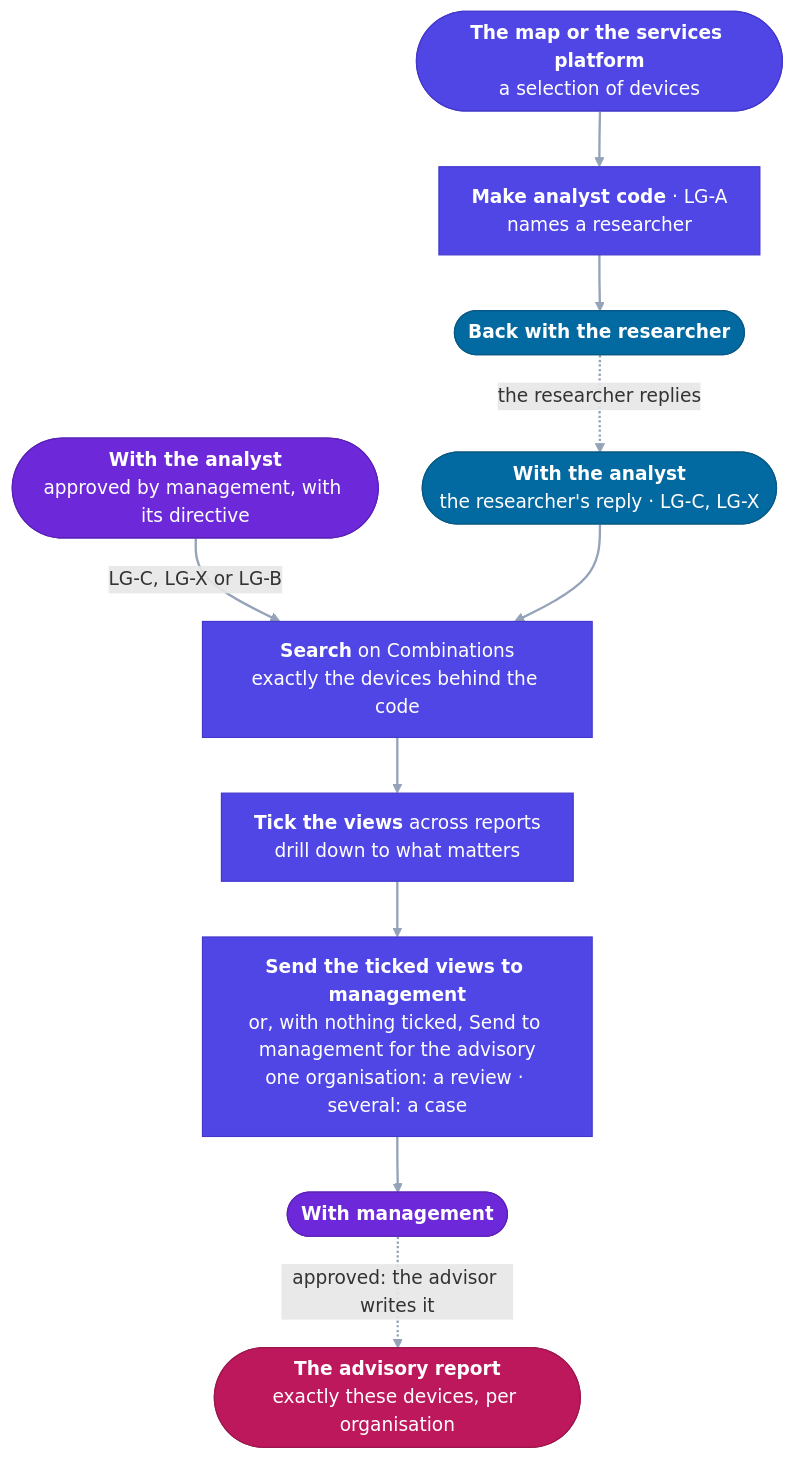
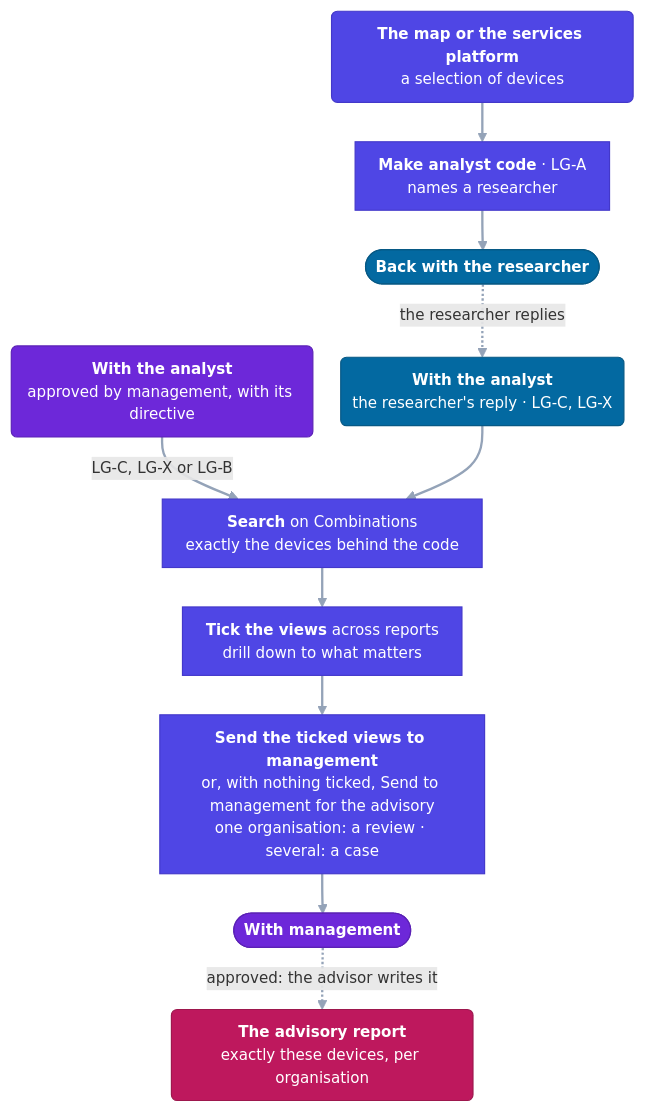
The fifth of 7 diagrams in docs/USE_CASES.md (anonghosty/looking-glass), drawn with Mermaid before and after one commit. The commit also changed other lines of this file and 3 other files, not shown here.

First line of the commit message:
Docs: compact diagrams, and the people as the roles are

````diff
--- a/docs/USE_CASES.md
+++ b/docs/USE_CASES.md
@@ -202,27 +205,27 @@
 ```mermaid
-%%{init: {"flowchart": {"curve": "basis", "nodeSpacing": 38, "rankSpacing": 48, "padding": 14, "wrappingWidth": 280}}}%%
+%%{init: {"themeVariables": {"fontSize": "13px"}, "flowchart": {"curve": "basis", "nodeSpacing": 24, "rankSpacing": 34, "padding": 10, "wrappingWidth": 240}}}%%
 flowchart TD
-    W(["<b>The map or the services platform</b><br/>a selection of devices"]):::analyst
+    W("<b>The map or the services platform</b><br/>a selection of devices"):::analyst
     K["<b>Make analyst code</b> · LG-A<br/>names a researcher"]:::analyst
     R(["<b>Back with the researcher</b>"]):::research
-    D(["<b>With the analyst</b><br/>approved by management, with its directive"]):::mgmt
-    Y(["<b>With the analyst</b><br/>the researcher's reply · LG-C, LG-X"]):::research
+    D("<b>With the analyst</b><br/>approved by management, with its directive"):::mgmt
+    Y("<b>With the analyst</b><br/>the researcher's reply · LG-C, LG-X"):::research
     S["<b>Search</b> on Combinations<br/>exactly the devices behind the code"]:::analyst
     V["<b>Tick the views</b> across reports<br/>drill down to what matters"]:::analyst
     G["<b>Send the ticked views to management</b><br/>or, with nothing ticked, Send to management for the advisory<br/>one organisation: a review · several: a case"]:::analyst
     M(["<b>With management</b>"]):::mgmt
-    P(["<b>The advisory report</b><br/>exactly these devices, per organisation"]):::advisor
+    P("<b>The advisory report</b><br/>exactly these devices, per organisation"):::advisor
     W --> K --> R
     R -. "the researcher replies" .-> Y
     D -- "LG-C, LG-X or LG-B" --> S
     Y --> S
     S --> V --> G --> M
     M -. "approved: the advisor writes it" .-> P
     classDef research fill:#0369a1,stroke:#075985,color:#fff
     classDef analyst fill:#4f46e5,stroke:#4338ca,color:#fff
     classDef mgmt fill:#6d28d9,stroke:#5b21b6,color:#fff
     classDef advisor fill:#be185d,stroke:#9d174d,color:#fff
     classDef closed fill:#475569,stroke:#334155,color:#fff
     classDef ext fill:#b45309,stroke:#92400e,color:#fff
     linkStyle default stroke:#94a3b8,stroke-width:2px
 ```
````
